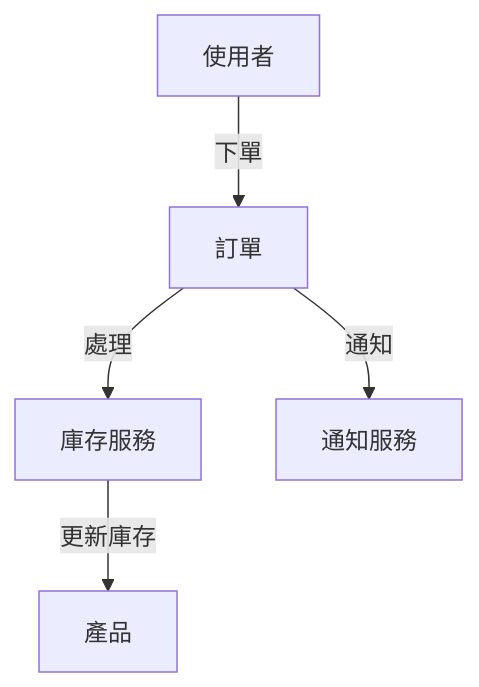
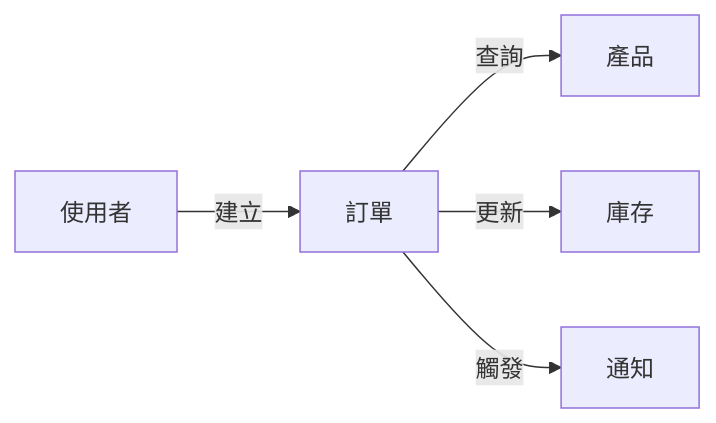
Before and after one commit to NathanWu8343/IpLocations: the third of 4 diagrams in .bmad-core/templates/architecture-template.md, drawn with Mermaid. The commit also changed other lines of this file and 4 other files, not shown here.

````diff
--- a/.bmad-core/templates/architecture-template.md
+++ b/.bmad-core/templates/architecture-template.md
@@ -45,13 +56,7 @@
 ```mermaid
-flowchart TD
-    User[使用者]
-    Order[訂單]
-    Product[產品]
-    Inventory[庫存服務]
-    Notification[通知服務]
-
-    User -->|下單| Order
-    Order -->|處理| Inventory
-    Inventory -->|更新庫存| Product
-    Order -->|通知| Notification
+flowchart LR
+    User[使用者] -->|建立| Order[訂單]
+    Order -->|查詢| Product[產品]
+    Order -->|更新| Inventory[庫存]
+    Order -->|觸發| Notify[通知]
 ```
````
